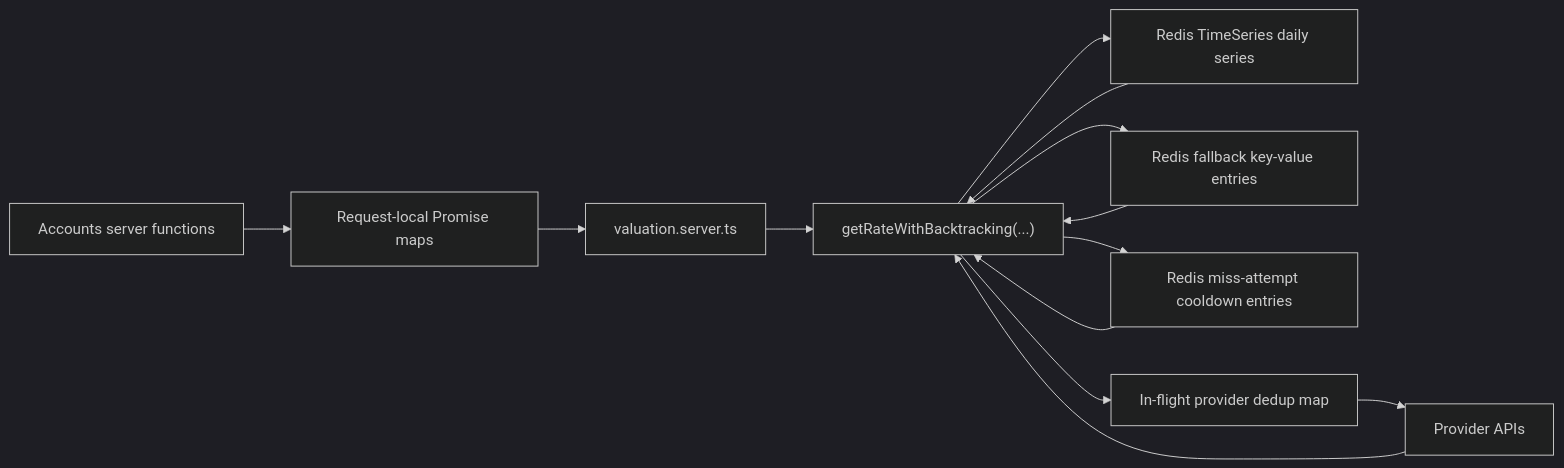
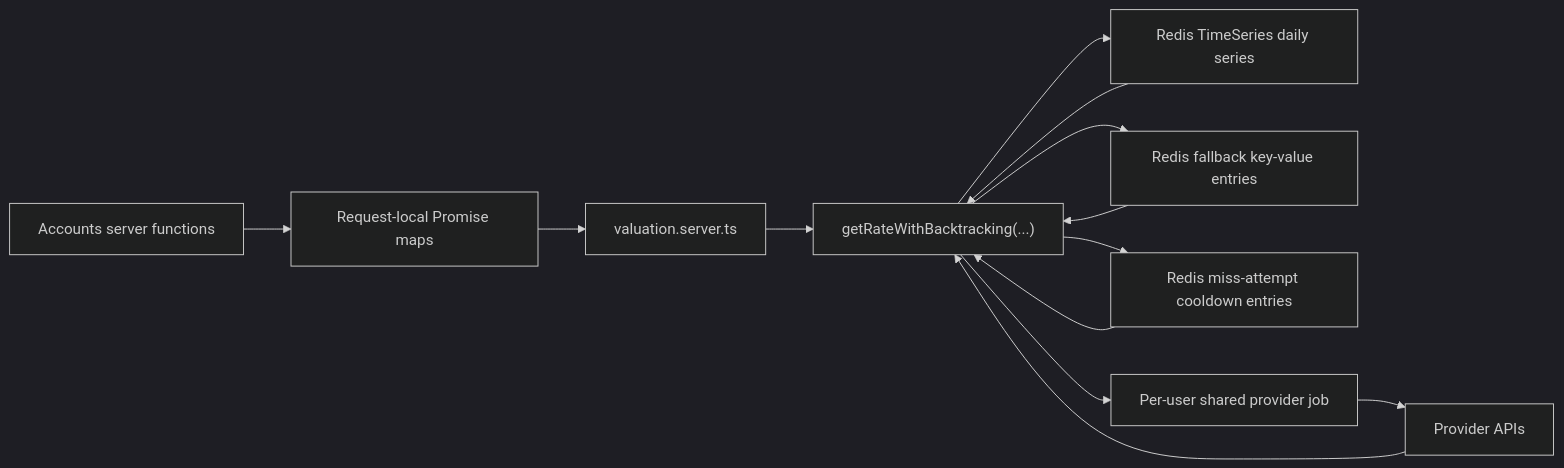
Before and after one commit to fxmkdev/cashfolio2: the first of 3 diagrams in apps/cashfolio-app2/docs/valuation-caching.md, drawn with Mermaid (dark theme). The commit also changed other lines of this file and 22 other files, not shown here.

````diff
--- a/apps/cashfolio-app2/docs/valuation-caching.md
+++ b/apps/cashfolio-app2/docs/valuation-caching.md
@@ -53,15 +53,15 @@
 ```mermaid
 flowchart LR
   A["Accounts server functions"] --> B["Request-local Promise maps"]
   B --> C["valuation.server.ts"]
   C --> D["getRateWithBacktracking(...)"]
   D --> E["Redis TimeSeries daily series"]
   D --> F["Redis fallback key-value entries"]
   D --> H["Redis miss-attempt cooldown entries"]
-  D --> I["In-flight provider dedup map"]
+  D --> I["Per-user shared provider job"]
   I --> G["Provider APIs"]
   G --> D
   E --> D
   F --> D
   H --> D
 ```
````
